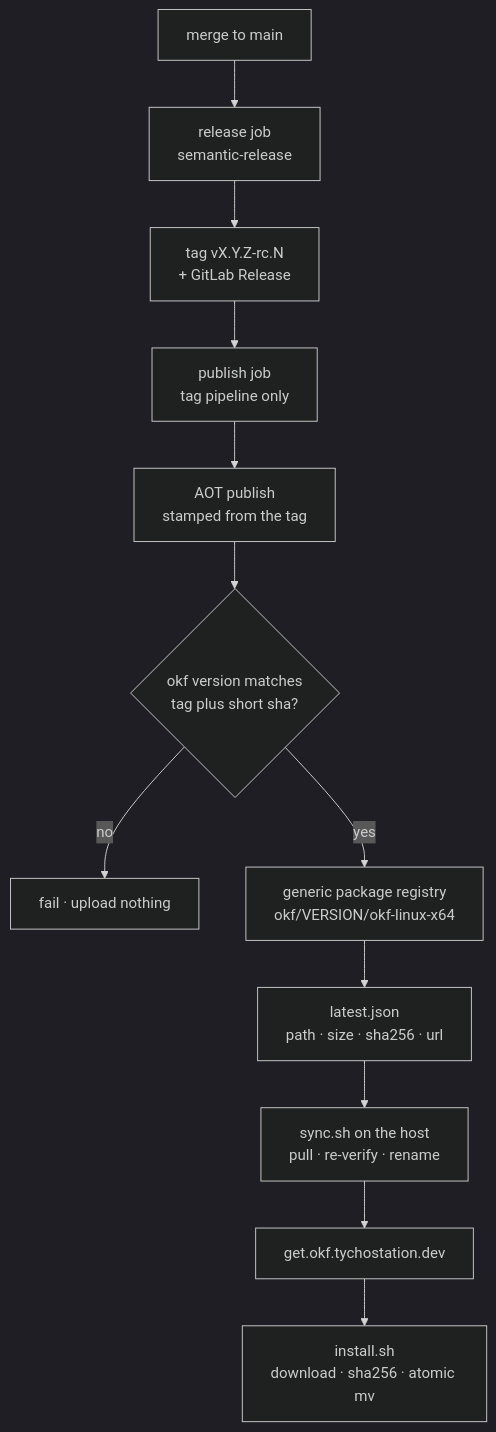
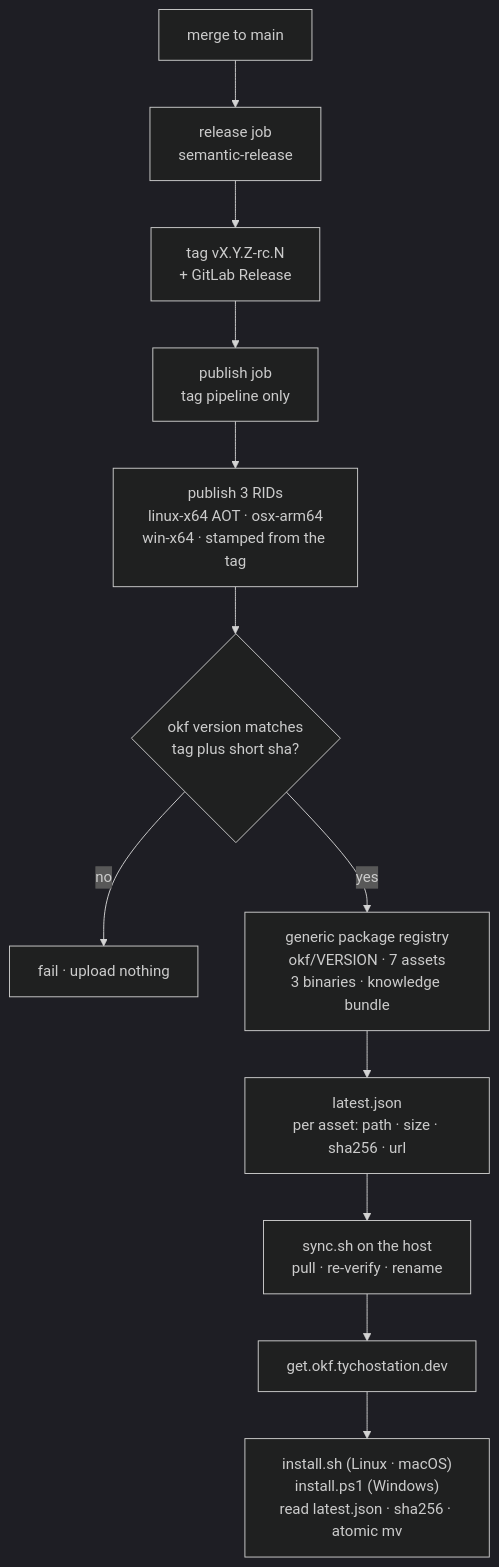
Before and after one commit to georgepharrison/okf-net: the fifth of 7 diagrams in docs/architecture.md, drawn with Mermaid (dark theme). The commit also changed other lines of this file, not shown here.

````diff
--- a/docs/architecture.md
+++ b/docs/architecture.md
@@ -890,14 +900,14 @@
 ```mermaid
 flowchart TB
     merge["merge to main"] --> rel["release job<br/>semantic-release"]
     rel --> tag["tag vX.Y.Z-rc.N<br/>+ GitLab Release"]
     tag --> pub["publish job<br/>tag pipeline only"]
-    pub --> aot["AOT publish<br/>stamped from the tag"]
-    aot --> gate{"okf version matches<br/>tag plus short sha?"}
+    pub --> build["publish 3 RIDs<br/>linux-x64 AOT · osx-arm64<br/>win-x64 · stamped from the tag"]
+    build --> gate{"okf version matches<br/>tag plus short sha?"}
     gate -- no --> stop["fail · upload nothing"]
-    gate -- yes --> reg["generic package registry<br/>okf/VERSION/okf-linux-x64"]
-    reg --> man["latest.json<br/>path · size · sha256 · url"]
+    gate -- yes --> reg["generic package registry<br/>okf/VERSION · 7 assets<br/>3 binaries · knowledge bundle"]
+    reg --> man["latest.json<br/>per asset: path · size · sha256 · url"]
     man --> sync["sync.sh on the host<br/>pull · re-verify · rename"]
     sync --> host["get.okf.tychostation.dev"]
-    host --> inst["install.sh<br/>download · sha256 · atomic mv"]
+    host --> inst["install.sh (Linux · macOS)<br/>install.ps1 (Windows)<br/>read latest.json · sha256 · atomic mv"]
 ```
````
